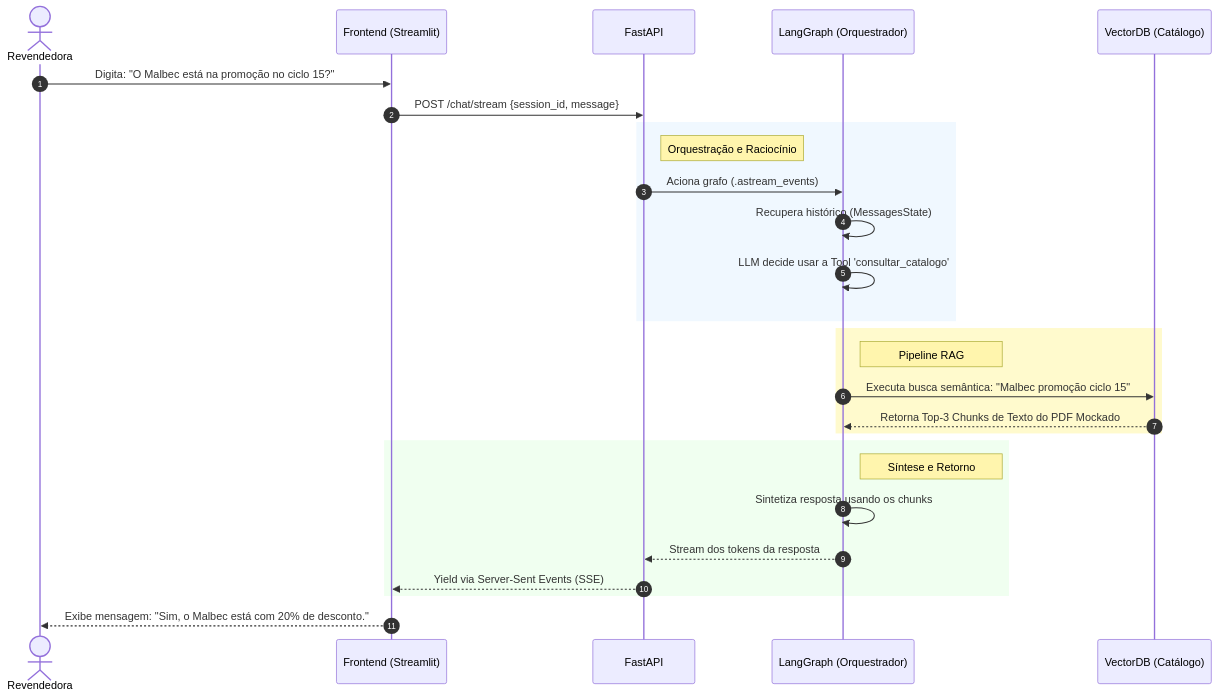
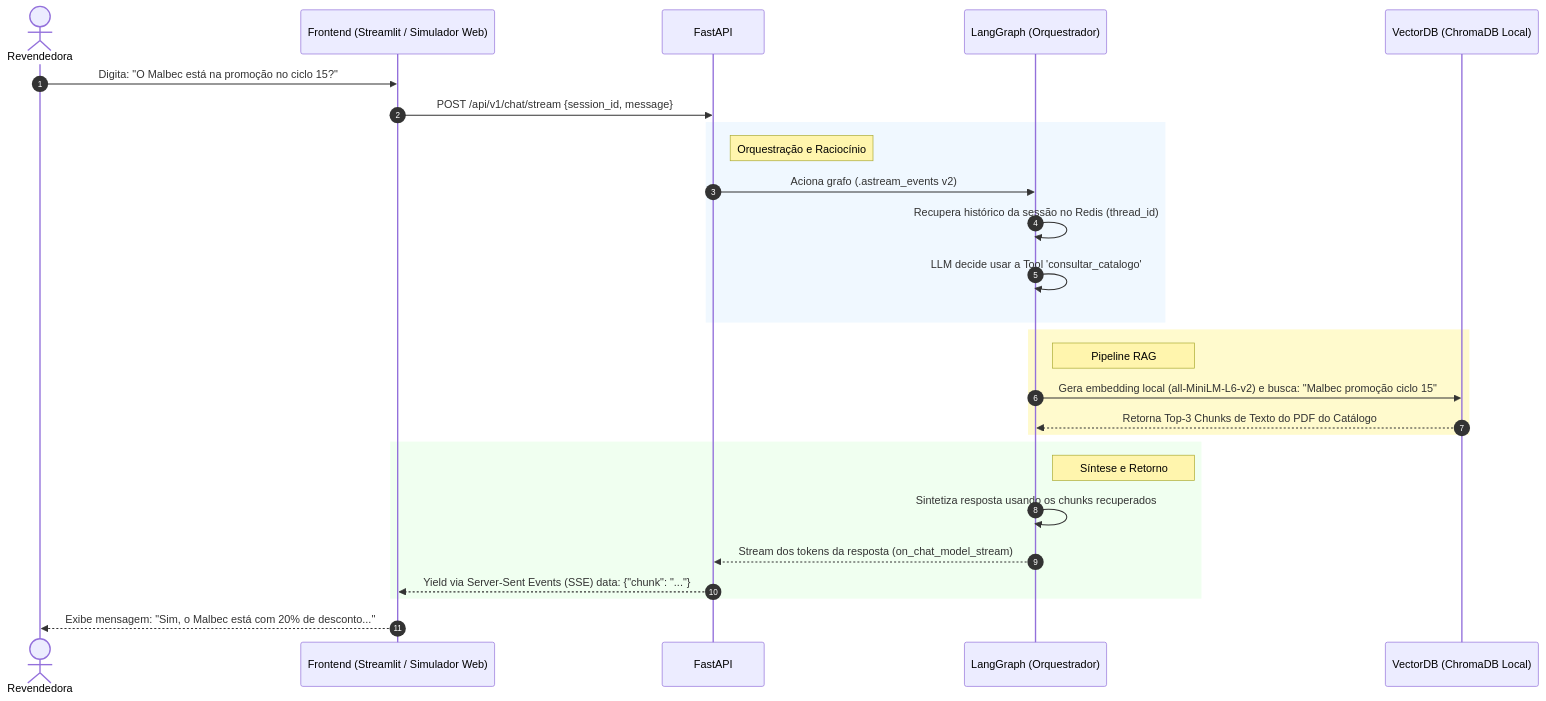
One commit to KattsonBastos/gb-support-agent-case changed the first of 3 diagrams in docs/c4-model/03-sequencia-casos-uso.md. Above: the diagram before and after it, drawn with Mermaid. The commit also changed other lines of this file and 2 other files, not shown here.

Commit message:
docs(c4): align c4 model with implementation

````diff
--- a/docs/c4-model/03-sequencia-casos-uso.md
+++ b/docs/c4-model/03-sequencia-casos-uso.md
@@ -9,33 +9,33 @@
 ```mermaid
 sequenceDiagram
     autonumber
     actor R as Revendedora
-    participant UX as Frontend (Streamlit)
+    participant UX as Frontend (Streamlit / Simulador Web)
     participant API as FastAPI
     participant LG as LangGraph (Orquestrador)
-    participant RAG as VectorDB (Catálogo)
+    participant RAG as VectorDB (ChromaDB Local)
 
     R->>UX: Digita: "O Malbec está na promoção no ciclo 15?"
-    UX->>API: POST /chat/stream {session_id, message}
+    UX->>API: POST /api/v1/chat/stream {session_id, message}
     
     rect rgb(240, 248, 255)
         Note right of API: Orquestração e Raciocínio
-        API->>LG: Aciona grafo (.astream_events)
-        LG->>LG: Recupera histórico (MessagesState)
+        API->>LG: Aciona grafo (.astream_events v2)
+        LG->>LG: Recupera histórico da sessão no Redis (thread_id)
         LG->>LG: LLM decide usar a Tool 'consultar_catalogo'
     end
 
     rect rgb(255, 250, 205)
         Note right of LG: Pipeline RAG
-        LG->>RAG: Executa busca semântica: "Malbec promoção ciclo 15"
-        RAG-->>LG: Retorna Top-3 Chunks de Texto do PDF Mockado
+        LG->>RAG: Gera embedding local (all-MiniLM-L6-v2) e busca: "Malbec promoção ciclo 15"
+        RAG-->>LG: Retorna Top-3 Chunks de Texto do PDF do Catálogo
     end
 
     rect rgb(240, 255, 240)
         Note right of LG: Síntese e Retorno
-        LG->>LG: Sintetiza resposta usando os chunks
-        LG-->>API: Stream dos tokens da resposta
-        API-->>UX: Yield via Server-Sent Events (SSE)
+        LG->>LG: Sintetiza resposta usando os chunks recuperados
+        LG-->>API: Stream dos tokens da resposta (on_chat_model_stream)
+        API-->>UX: Yield via Server-Sent Events (SSE) data: {"chunk": "..."}
     end
-    UX-->>R: Exibe mensagem: "Sim, o Malbec está com 20% de desconto."
+    UX-->>R: Exibe mensagem: "Sim, o Malbec está com 20% de desconto..."
 ```
````
